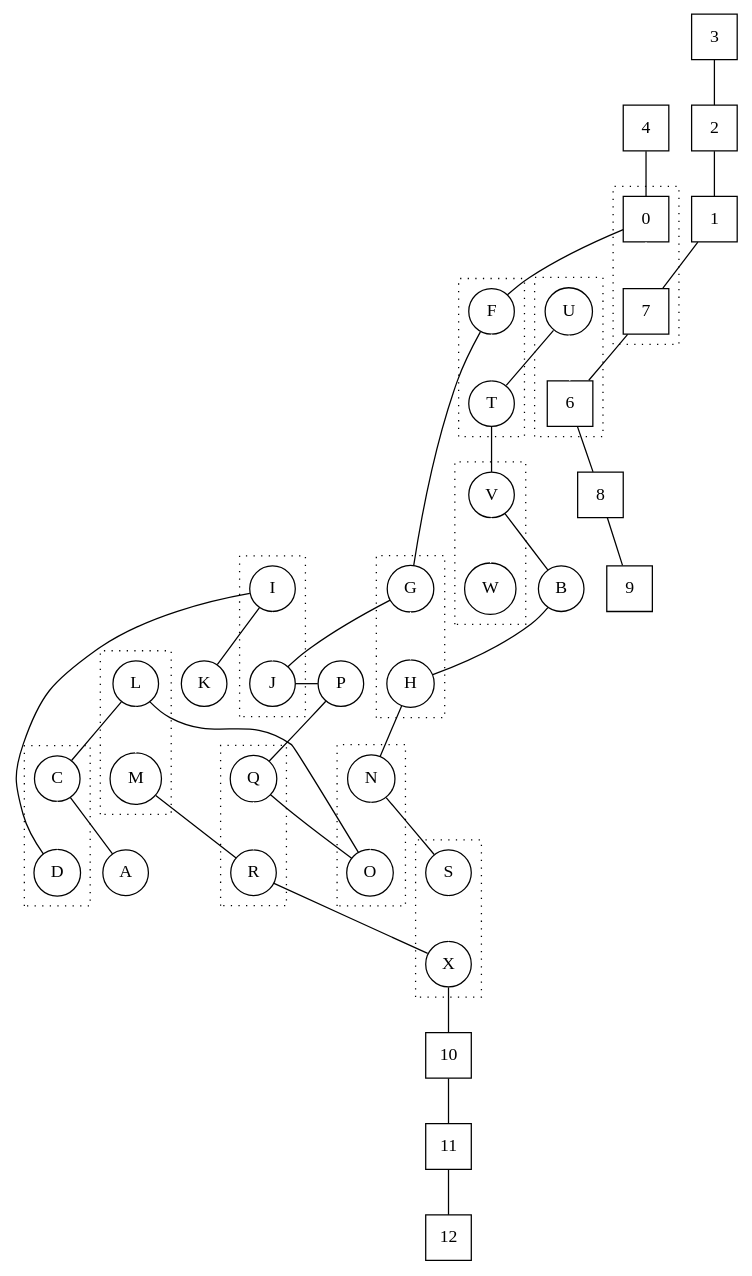
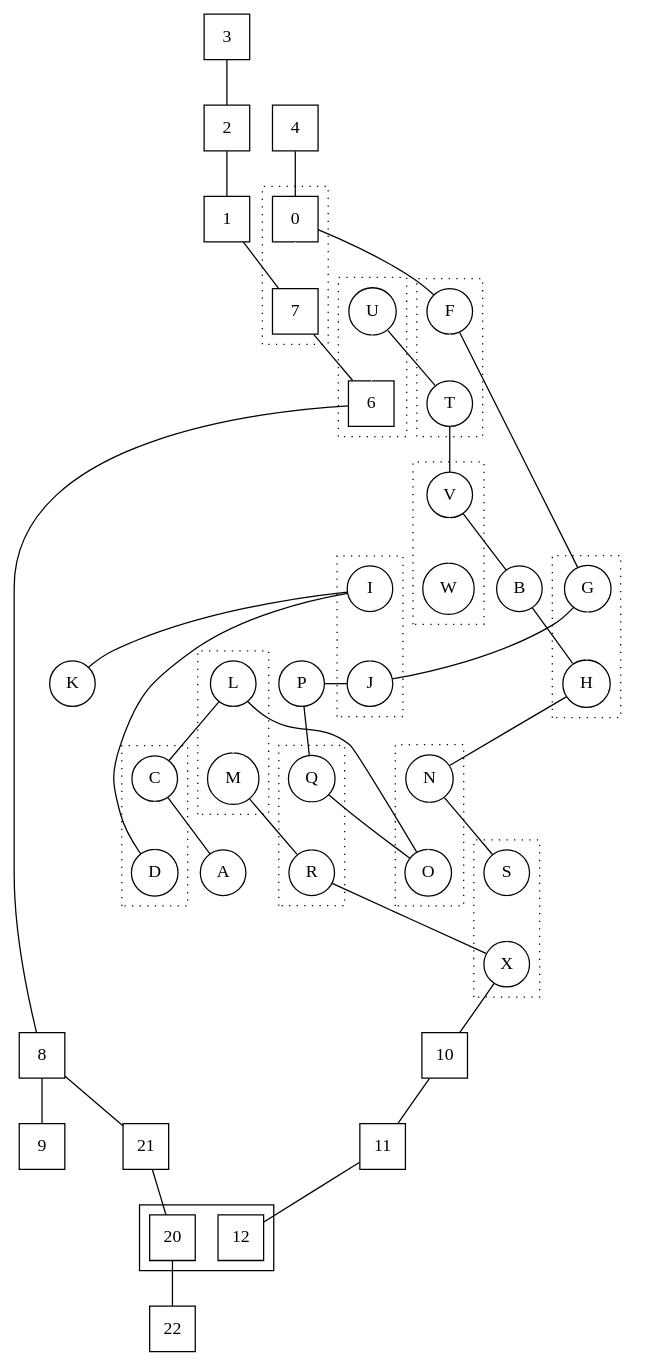
Before and after one commit to ktvoelker/Cities: the diagram in Kapalla.dot, drawn with Graphviz.

Commit message:
Added new line to Kapalla map

```diff
--- a/Kapalla.dot
+++ b/Kapalla.dot
@@ -1,118 +1,127 @@
 
 graph "Kapalla" {
 
   A [shape="circle"];
   B [shape="circle"];
 
   subgraph cluster_CD {
     style="dotted";
     C [shape="circle"];
     D [shape="circle"];
     C -- D [weight=1, color="white"];
   }
 
   subgraph cluster_GH {
     style="dotted";
     G [shape="circle"];
     H [shape="circle"];
     G -- H [weight=1, color="white"];
   }
 
   subgraph cluster_IJ {
     style="dotted";
     I [shape="circle"];
     J [shape="circle"];
     I -- J [weight=1, color="white"];
   }
 
   K [shape="circle"];
 
   subgraph cluster_LM {
     style="dotted";
     L [shape="circle"];
     M [shape="circle"];
     L -- M [weight=1, color="white"];
   }
 
   subgraph cluster_NO {
     style="dotted";
     N [shape="circle"];
     O [shape="circle"];
     N -- O [weight=1, color="white"];
   }
 
   P [shape="circle"];
 
   subgraph cluster_QR {
     style="dotted";
     Q [shape="circle"];
     R [shape="circle"];
     Q -- R [weight=1, color="white"];
   }
 
   subgraph cluster_FT {
     style="dotted";
     F [shape="circle"];
     T [shape="circle"];
     F -- T [weight=1, color="white"];
   }
 
   subgraph cluster_VW {
     style="dotted";
     V [shape="circle"];
     W [shape="circle"];
     V -- W [weight=1, color="white"];
   }
 
   subgraph cluster_SX {
     style="dotted";
     S [shape="circle"];
     X [shape="circle"];
     S -- X [weight=1, color="white"];
   }
 
   n1 [shape="square", label="1"];
   n2 [shape="square", label="2"];
   n3 [shape="square", label="3"];
   n4 [shape="square", label="4"];
 
   subgraph cluster_Un6 {
     style="dotted";
     U [shape="circle"];
     n6 [shape="square", label="6"];
     U -- n6 [weight=1, color="white"];
   }
   
   subgraph cluster_n0n7 {
     style="dotted";
     n0 [shape="square", label="0"];
     n7 [shape="square", label="7"];
     n0 -- n7 [weight=1, color="white"];
   }
 
   n8 [shape="square", label="8"];
   n9 [shape="square", label="9"];
   n10 [shape="square", label="10"];
   n11 [shape="square", label="11"];
-  n12 [shape="square", label="12"];
+
+  subgraph cluster_n12n20 {
+    n12 [shape="square", label="12"];
+    n20 [shape="square", label="20"];
+  }
+
+  n21 [shape="square", label="21"];
+  n22 [shape="square", label="22"];
+
+  n8 -- n21 -- n20 -- n22;
 
   n3 -- n2 -- n1 -- n7 -- n6 -- n8 -- n9;
 
   n4 -- n0 -- F -- G -- J -- P -- Q -- O -- L -- C -- A;
 
   U -- T -- V -- B -- H -- N -- S;
 
   D -- I -- K;
 
   M -- R -- X -- n10 -- n11 -- n12;
 
   /**
    * I was going to include these dashed lines
    * to indicate lines which exist physically but
    * aren't in use. However, they make the graph too messy.
    */
    
   /* A -- B [style="dashed"];
   A -- D [style="dashed"]; */
 
 }
```
